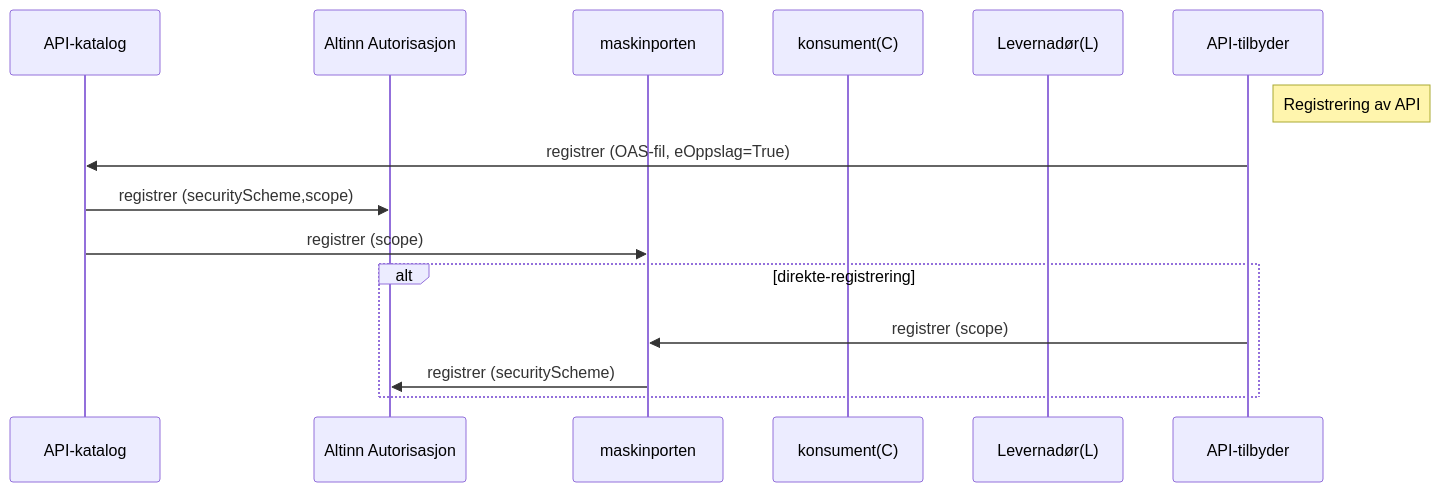
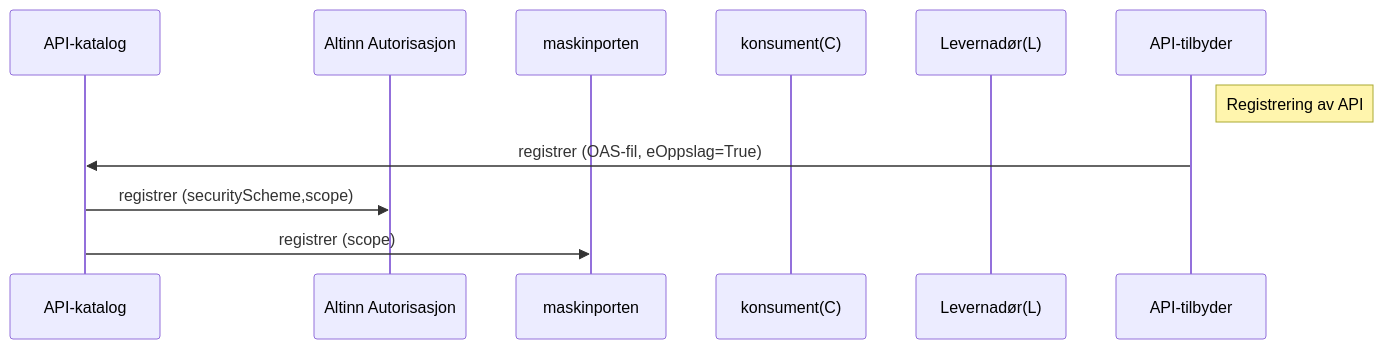
The diagram in pages/eoppslag/eoppslag_sbb_oauth2_sekvensdiagram.md (joergenb/oauth2-veileder), drawn with Mermaid before and after one commit.

```diff
--- a/pages/eoppslag/eoppslag_sbb_oauth2_sekvensdiagram.md
+++ b/pages/eoppslag/eoppslag_sbb_oauth2_sekvensdiagram.md
@@ -12,17 +12,14 @@
 <div class="mermaid">
 sequenceDiagram
   participant AP as API-katalog
   participant AA as Altinn Autorisasjon
   participant MP AS maskinporten
   participant C AS konsument(C)
   participant L AS Levernadør(L)
   participant A as API-tilbyder
   note right of A: Registrering av API
   A->>AP: registrer (OAS-fil, eOppslag=True)
   AP->>AA: registrer (securityScheme,scope)
   AP->>MP: registrer (scope)
-  alt direkte-registrering
-    A->>MP: registrer (scope)
-    MP->>AA: registrer (securityScheme)
-  end
+
 </div>
```
